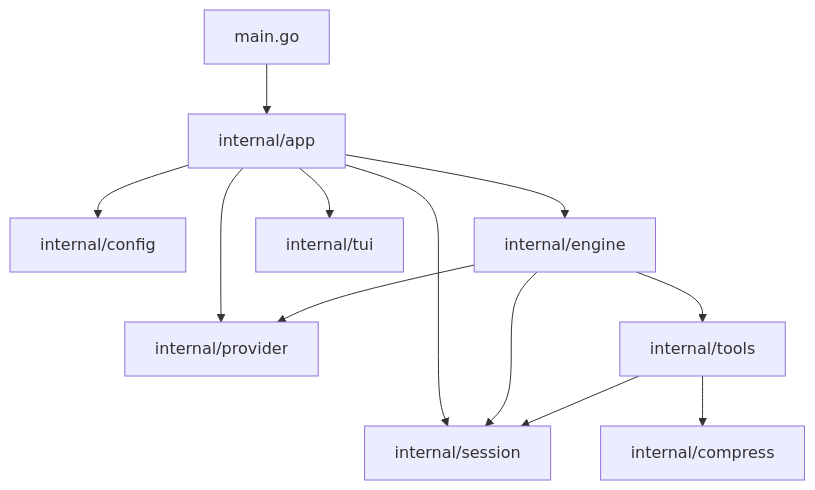
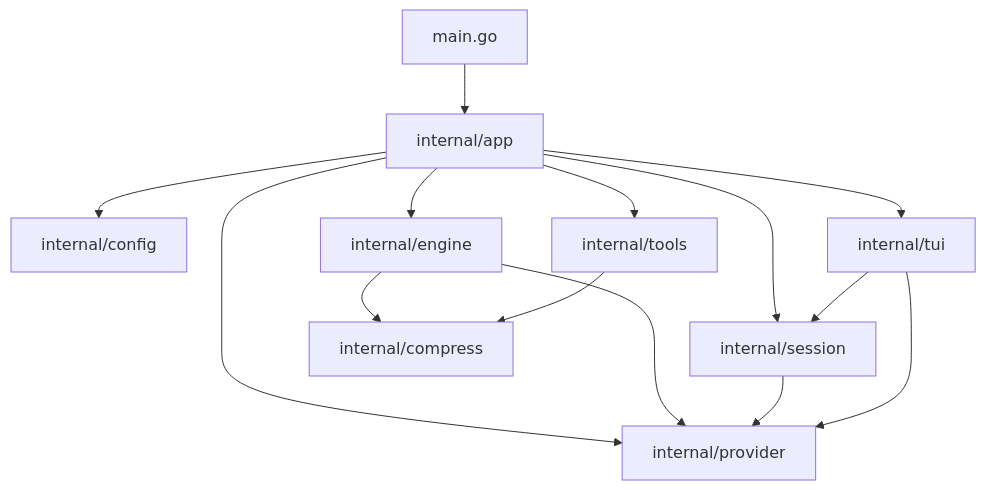
One commit to glemsom/eitri changed the diagram in ARCHITECTURE.md. Above: the diagram before and after it, drawn with Mermaid. The commit also changed other lines of this file and 5 other files, not shown here.

````diff
--- a/ARCHITECTURE.md
+++ b/ARCHITECTURE.md
@@ -7,14 +7,16 @@
 ```mermaid
 flowchart TB
   main[main.go] --> app[internal/app]
   app --> config[internal/config]
   app --> provider[internal/provider]
   app --> session[internal/session]
   app --> engine[internal/engine]
   app --> tui[internal/tui]
+  app --> tools[internal/tools]
   engine --> provider
-  engine --> tools[internal/tools]
-  engine --> session
-  tools --> session
-  tools --> compress[internal/compress]
+  engine --> compress[internal/compress]
+  tools --> compress
+  session --> provider
+  tui --> provider
+  tui --> session
 ```
````
